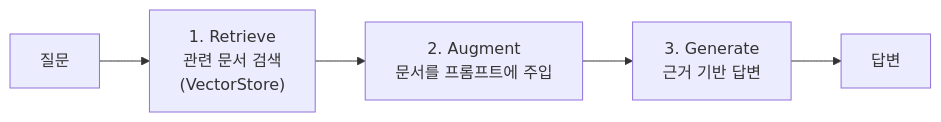
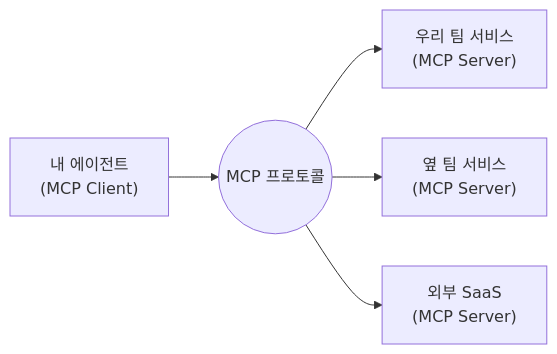
Before and after one commit to devjune/spring-ai-study: the third of 3 diagrams in spring-ai-study.md, drawn with Mermaid. The commit also changed other lines of this file and 4 other files, not shown here.

````diff
--- a/spring-ai-study.md
+++ b/spring-ai-study.md
@@ -194,7 +306,7 @@
 ```mermaid
 graph LR
-    Q["질문"] --> R["1. Retrieve<br/>관련 문서 검색<br/>(VectorStore)"]
-    R --> A["2. Augment<br/>문서를 프롬프트에 주입"]
-    A --> G["3. Generate<br/>근거 기반 답변"]
-    G --> Ans["답변"]
+    Agent["내 에이전트<br/>(MCP Client)"] --> P((MCP 프로토콜))
+    P --> S1["우리 팀 서비스<br/>(MCP Server)"]
+    P --> S2["옆 팀 서비스<br/>(MCP Server)"]
+    P --> S3["외부 SaaS<br/>(MCP Server)"]
 ```
````
